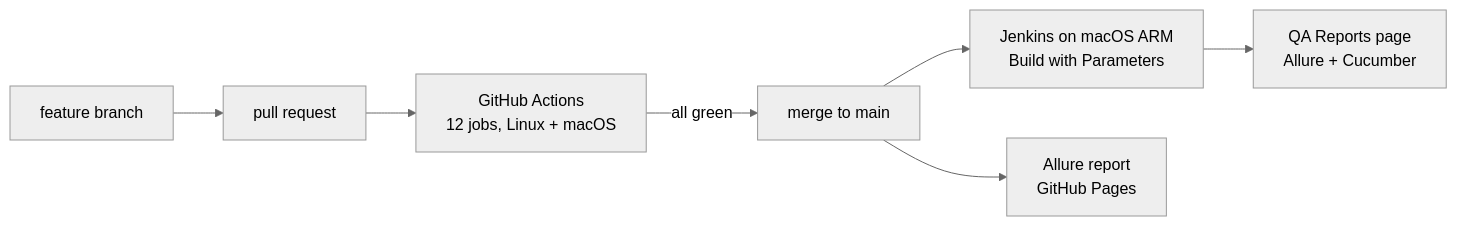
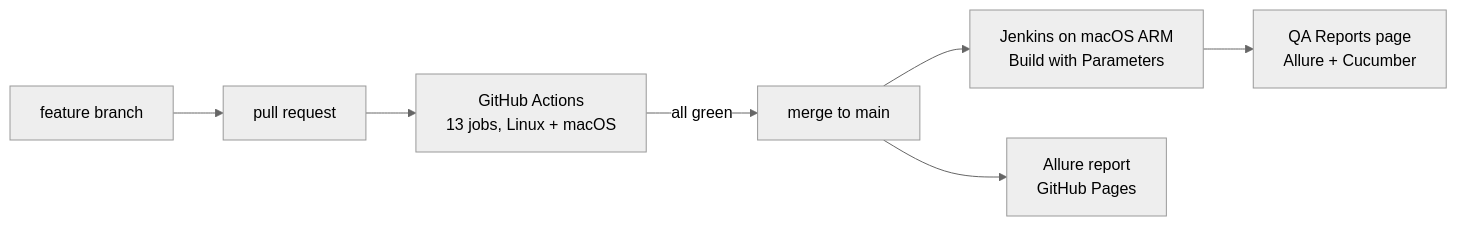
The first of 5 diagrams in README.md (rbchy/rbchy), drawn with Mermaid (neutral theme) before and after one commit. The commit also changed other lines of this file and 1 other file, not shown here.

````diff
--- a/README.md
+++ b/README.md
@@ -116,9 +119,9 @@
 ```mermaid
 flowchart LR
   B["feature branch"] --> PR["pull request"]
-  PR --> GA["GitHub Actions<br/>12 jobs, Linux + macOS"]
+  PR --> GA["GitHub Actions<br/>13 jobs, Linux + macOS"]
   GA -->|all green| M["merge to main"]
   M --> J["Jenkins on macOS ARM<br/>Build with Parameters"]
   J --> R["QA Reports page<br/>Allure + Cucumber"]
   M --> P["Allure report<br/>GitHub Pages"]
 ```
````
